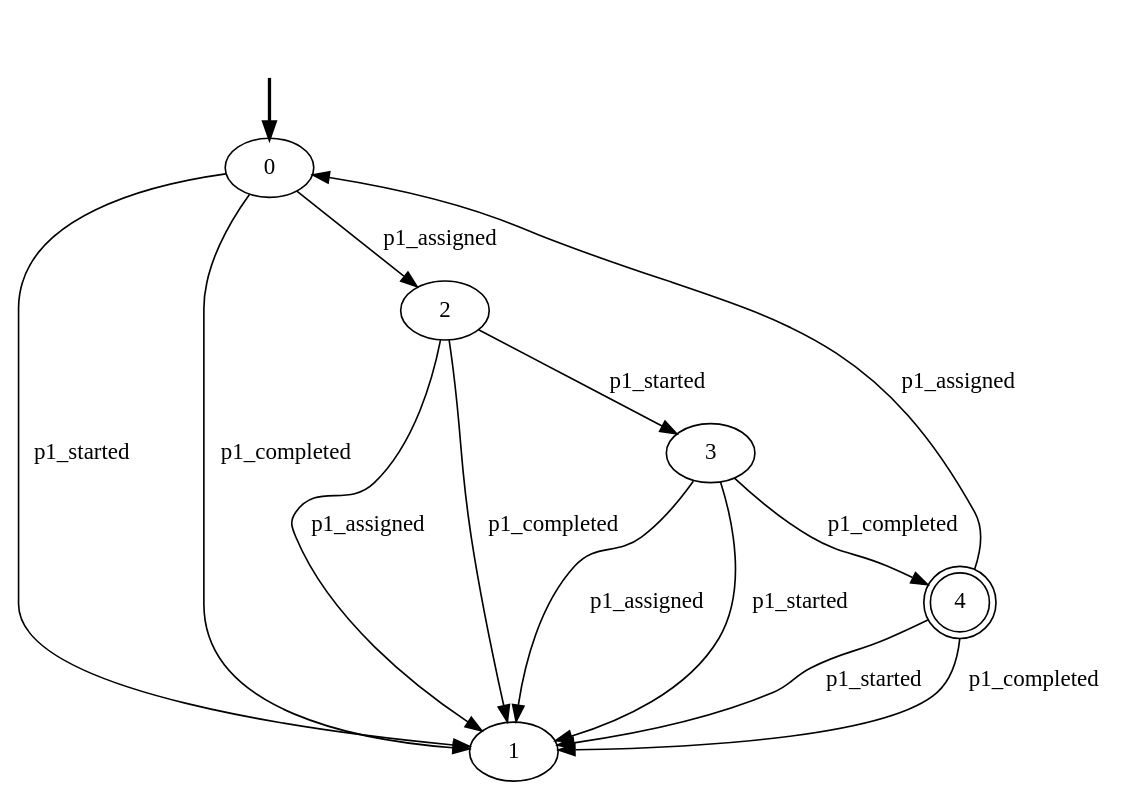
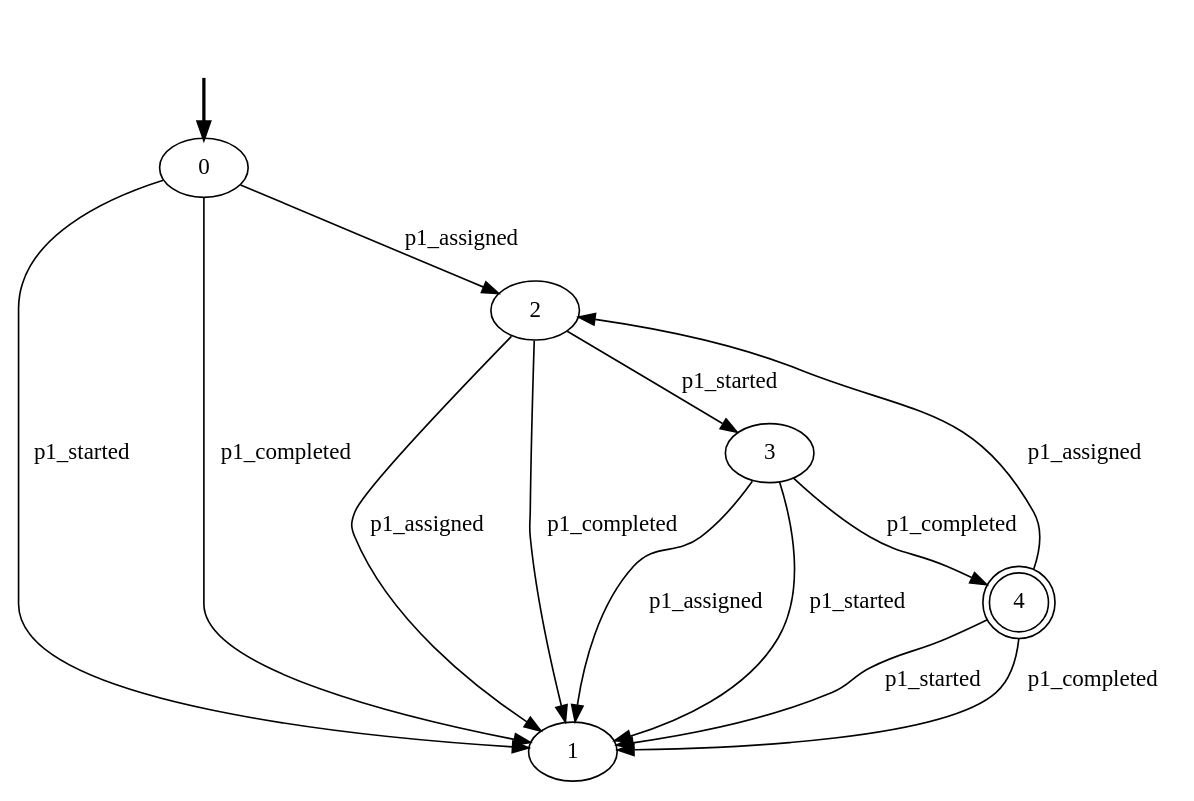
The diagram in out/production/Aligner/declarative-models/Data-Aware/5-CONSTRAINTS/p1_lifecycle.dot (GianmarcoBordin/pddlTranslator), drawn with Graphviz before and after one commit. The commit also changed 78 other files, not shown here.

```diff
--- a/out/production/Aligner/declarative-models/Data-Aware/5-CONSTRAINTS/p1_lifecycle.dot
+++ b/out/production/Aligner/declarative-models/Data-Aware/5-CONSTRAINTS/p1_lifecycle.dot
@@ -1,21 +1,21 @@
 digraph {
-  fake0 [style=invisible]
-  0 [root=true]
-  2
-  3
-  4 [shape=doublecircle]
-  1
-  fake0 -> 0 [style=bold]
-  0 -> 2 [label=p1_assigned]
-  2 -> 3 [label=p1_started]
-  3 -> 4 [label=p1_completed]
-  4 -> 0 [label=p1_assigned]
-  3 -> 1 [label=p1_assigned]
-  3 -> 1 [label=p1_started]
-  4 -> 1 [label=p1_started]
-  4 -> 1 [label=p1_completed]
-  2 -> 1 [label=p1_assigned]
-  2 -> 1 [label=p1_completed]
-  0 -> 1 [label=p1_started]
-  0 -> 1 [label=p1_completed]
+		fake0 [style=invisible]
+		0 [root=true]
+		1
+		2
+		3
+		4 [shape=doublecircle]
+		fake0 -> 0 [style=bold]
+		2 -> 1 [label=p1_assigned]
+		2 -> 3 [label=p1_started]
+		2 -> 1 [label=p1_completed]
+		3 -> 1 [label=p1_assigned]
+		3 -> 1 [label=p1_started]
+		3 -> 4 [label=p1_completed]
+		4 -> 2 [label=p1_assigned]
+		4 -> 1 [label=p1_started]
+		4 -> 1 [label=p1_completed]
+		0 -> 2 [label=p1_assigned]
+		0 -> 1 [label=p1_started]
+		0 -> 1 [label=p1_completed]
 }
```
